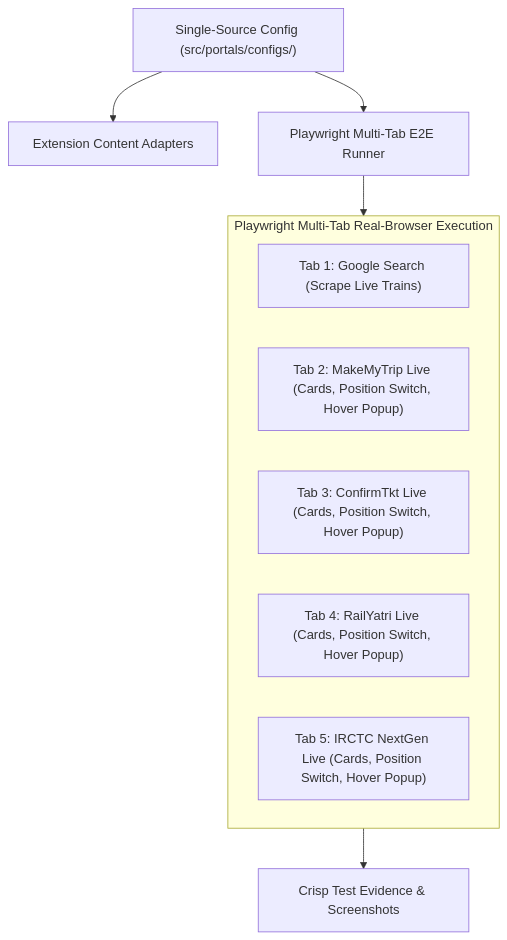
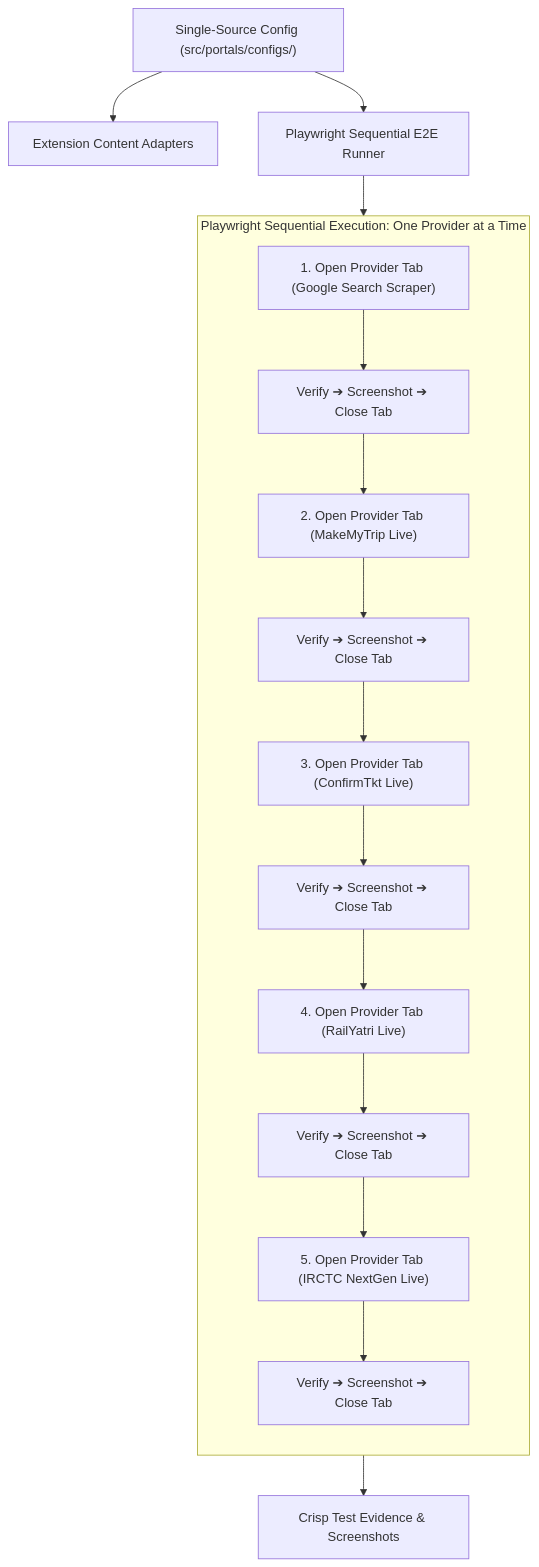
The second of 2 diagrams in README.md (RajdipGhosh99/irctc-live-delay-extension), drawn with Mermaid before and after one commit. The commit also changed other lines of this file and 8 other files, not shown here.

Commit message:
feat(e2e): execute sequential real-site tests one provider at a time with live fixes

````diff
--- a/README.md
+++ b/README.md
@@ -123,16 +123,17 @@
 ```mermaid
 flowchart TD
     Config["Single-Source Config (src/portals/configs/)"] --> Runtime["Extension Content Adapters"]
-    Config --> Playwright["Playwright Multi-Tab E2E Runner"]
+    Config --> Playwright["Playwright Sequential E2E Runner"]
     
-    subgraph MultiTab [Playwright Multi-Tab Real-Browser Execution]
-        T1["Tab 1: Google Search (Scrape Live Trains)"]
-        T2["Tab 2: MakeMyTrip Live (Cards, Position Switch, Hover Popup)"]
-        T3["Tab 3: ConfirmTkt Live (Cards, Position Switch, Hover Popup)"]
-        T4["Tab 4: RailYatri Live (Cards, Position Switch, Hover Popup)"]
-        T5["Tab 5: IRCTC NextGen Live (Cards, Position Switch, Hover Popup)"]
+    subgraph SequentialFlow [Playwright Sequential Execution: One Provider at a Time]
+        direction TB
+        S1["1. Open Provider Tab (Google Search Scraper)"] --> V1["Verify ➔ Screenshot ➔ Close Tab"]
+        V1 --> S2["2. Open Provider Tab (MakeMyTrip Live)"] --> V2["Verify ➔ Screenshot ➔ Close Tab"]
+        V2 --> S3["3. Open Provider Tab (ConfirmTkt Live)"] --> V3["Verify ➔ Screenshot ➔ Close Tab"]
+        V3 --> S4["4. Open Provider Tab (RailYatri Live)"] --> V4["Verify ➔ Screenshot ➔ Close Tab"]
+        V4 --> S5["5. Open Provider Tab (IRCTC NextGen Live)"] --> V5["Verify ➔ Screenshot ➔ Close Tab"]
     end
     
-    Playwright --> MultiTab
-    MultiTab --> Evidence["Crisp Test Evidence & Screenshots"]
+    Playwright --> SequentialFlow
+    SequentialFlow --> Evidence["Crisp Test Evidence & Screenshots"]
 ```
````
